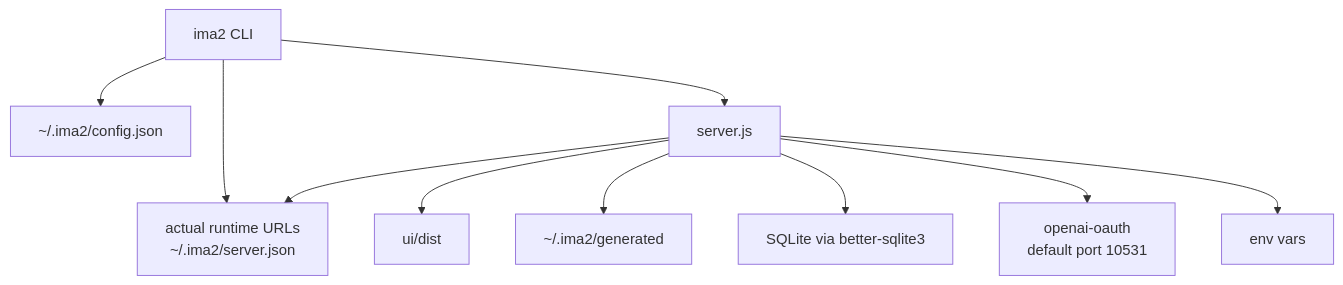
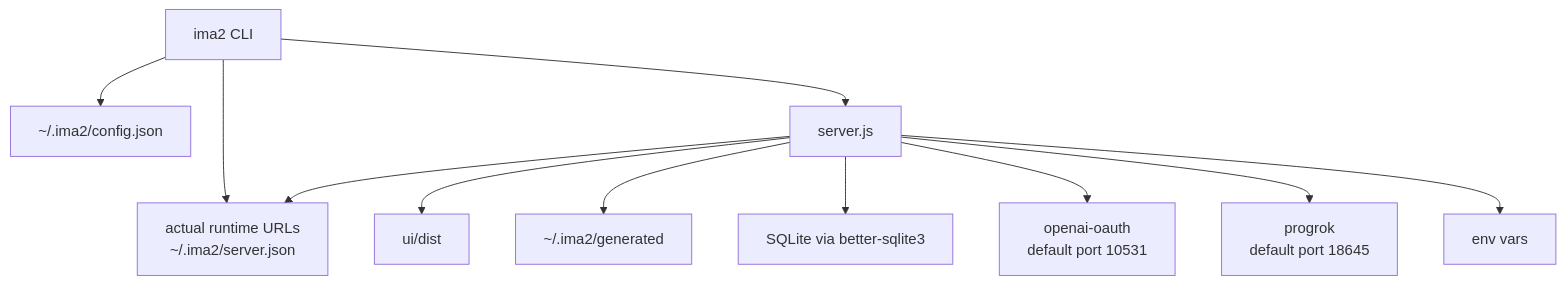
One commit to ChatPoongKun/ima2-gen changed the diagram in structure/06-infra-operations.md. Above: the diagram before and after it, drawn with Mermaid. The commit also changed other lines of this file and 30 other files, not shown here.

````diff
--- a/structure/06-infra-operations.md
+++ b/structure/06-infra-operations.md
@@ -19,12 +19,13 @@
 ```mermaid
 graph TD
     CLI["ima2 CLI"] --> CFG["~/.ima2/config.json"]
     CLI --> ADV["~/.ima2/server.json"]
     CLI --> SRV["server.js"]
     SRV --> DIST["ui/dist"]
     SRV --> GEN["~/.ima2/generated"]
     SRV --> DB["SQLite via better-sqlite3"]
     SRV --> OAUTH["openai-oauth<br/>default port 10531"]
+    SRV --> GROK["progrok<br/>default port 18645"]
     SRV --> ENV["env vars"]
     SRV --> ADV["actual runtime URLs<br/>~/.ima2/server.json"]
 ```
````
